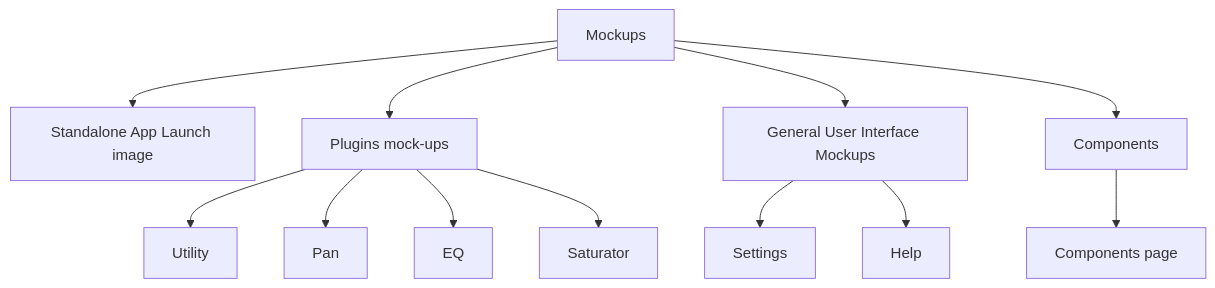
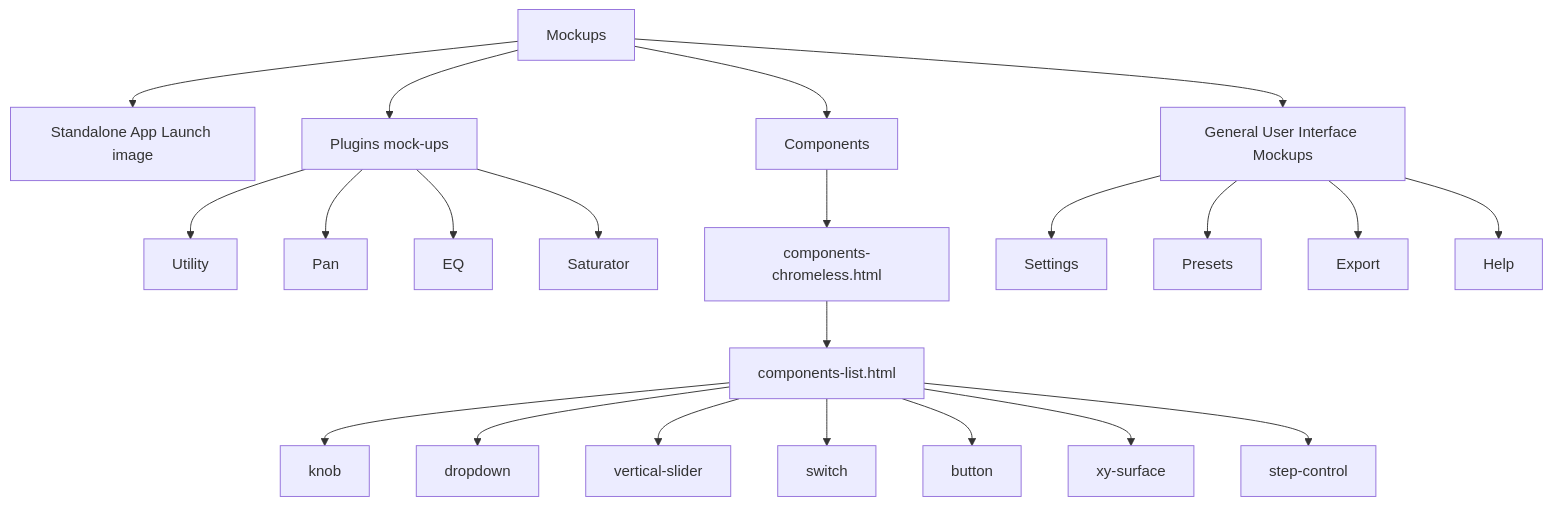
Before and after one commit to shahzebqazi/vst-ui: the second of 3 diagrams in docs/MOCKUPS.md, drawn with Mermaid. The commit also changed other lines of this file and 10 other files, not shown here.

First line of the commit message:
feat: shell JS extract, docs sync, presets/export nav, archived docs hub

````diff
--- a/docs/MOCKUPS.md
+++ b/docs/MOCKUPS.md
@@ -16,26 +16,46 @@
 ```mermaid
 flowchart TB
   mockups[Mockups]
   launch[Standalone App Launch image]
   plugins[Plugins mock-ups]
   u[Utility]
   pan[Pan]
   eq[EQ]
   sat[Saturator]
+  comp[Components]
+  chrome[components-chromeless.html]
+  list[components-list.html]
+  knob[knob]
+  dd[dropdown]
+  vsl[vertical-slider]
+  sw[switch]
+  btn[button]
+  xy[xy-surface]
+  step[step-control]
   gui[General User Interface Mockups]
   settings[Settings]
+  presets[Presets]
+  export[Export]
   help[Help]
   mockups --> launch
   mockups --> plugins
   plugins --> u
   plugins --> pan
   plugins --> eq
   plugins --> sat
+  mockups --> comp
+  comp --> chrome
+  chrome --> list
+  list --> knob
+  list --> dd
+  list --> vsl
+  list --> sw
+  list --> btn
+  list --> xy
+  list --> step
   mockups --> gui
   gui --> settings
+  gui --> presets
+  gui --> export
   gui --> help
-  comp[Components]
-  cm[Components page]
-  mockups --> comp
-  comp --> cm
 ```
````
